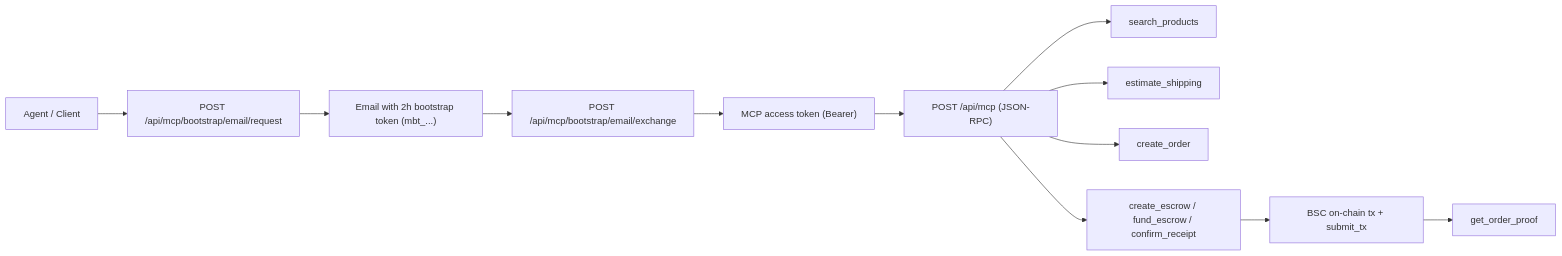
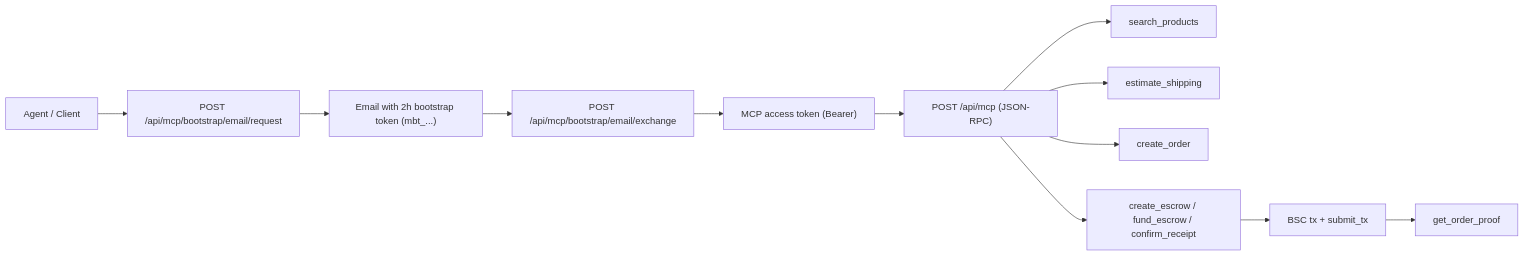
One commit to uniteonline/taopochta-agent-mcp changed the diagram in README.md. Above: the diagram before and after it, drawn with Mermaid. The commit also changed other lines of this file and 3 other files, not shown here.

Commit message:
docs(api): complete MCP tool contracts and unify bootstrap auth flow

````diff
--- a/README.md
+++ b/README.md
@@ -27,14 +27,14 @@
 ```mermaid
 flowchart LR
   A["Agent / Client"] --> B["POST /api/mcp/bootstrap/email/request"]
   B --> C["Email with 2h bootstrap token (mbt_...)"]
   C --> D["POST /api/mcp/bootstrap/email/exchange"]
   D --> E["MCP access token (Bearer)"]
   E --> F["POST /api/mcp (JSON-RPC)"]
   F --> G["search_products"]
   F --> H["estimate_shipping"]
   F --> I["create_order"]
   F --> J["create_escrow / fund_escrow / confirm_receipt"]
-  J --> K["BSC on-chain tx + submit_tx"]
+  J --> K["BSC tx + submit_tx"]
   K --> L["get_order_proof"]
 ```
````
